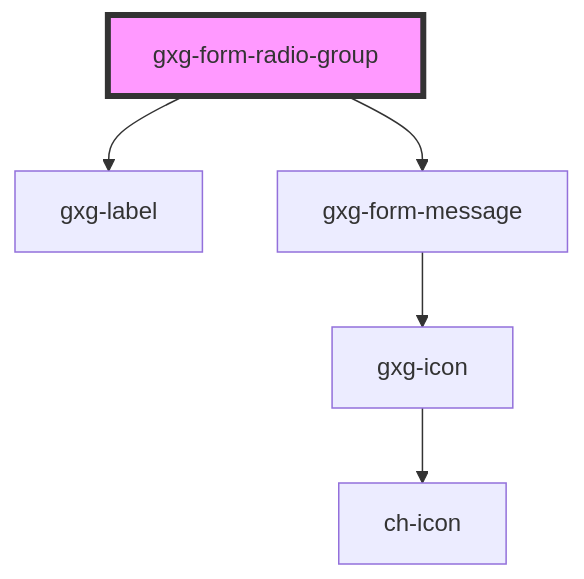
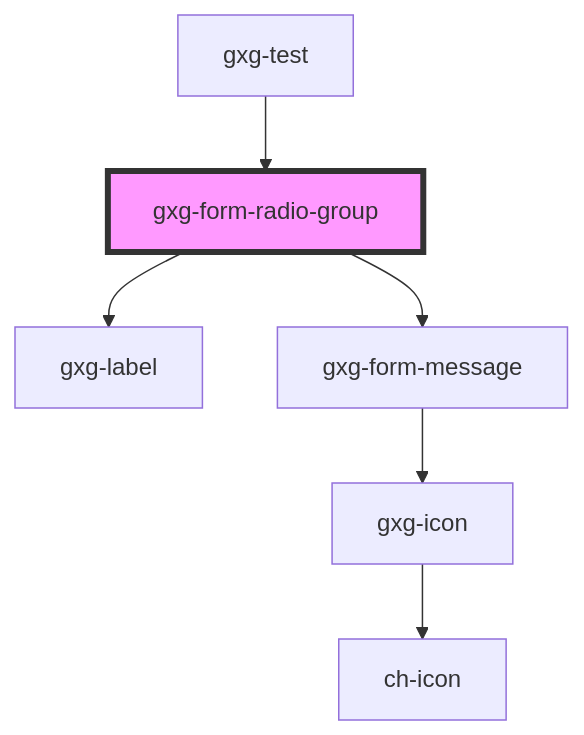
One commit to genexuslabs/gemini changed the diagram in src/components/form-radio-group/readme.md. Above: the diagram before and after it, drawn with Mermaid. The commit also changed other lines of this file and 13 other files, not shown here.

````diff
--- a/src/components/form-radio-group/readme.md
+++ b/src/components/form-radio-group/readme.md
@@ -22,8 +28,9 @@
 ```mermaid
 graph TD;
   gxg-form-radio-group --> gxg-label
   gxg-form-radio-group --> gxg-form-message
   gxg-form-message --> gxg-icon
   gxg-icon --> ch-icon
+  gxg-test --> gxg-form-radio-group
   style gxg-form-radio-group fill:#f9f,stroke:#333,stroke-width:4px
 ```
````
